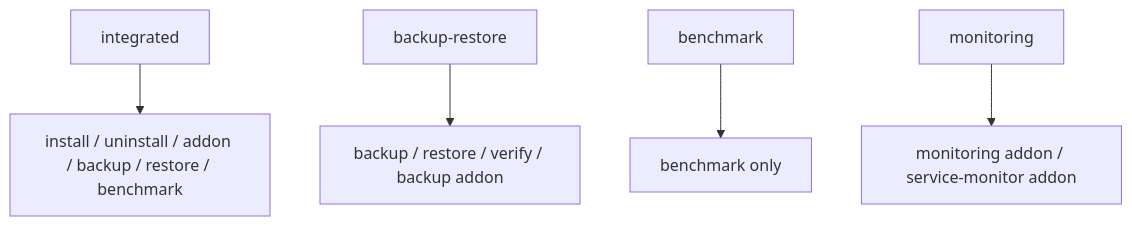
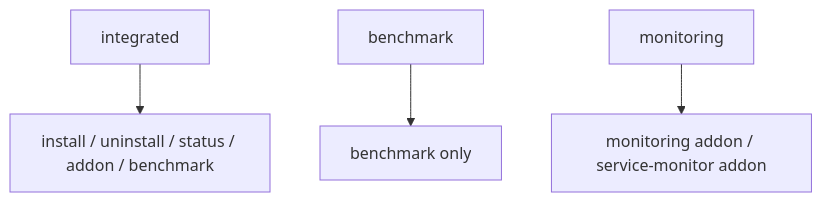
One commit to archinfra/apps_mysql changed the second of 2 diagrams in docs/ARCHITECTURE.zh-CN.md. Above: the diagram before and after it, drawn with Mermaid. The commit also changed other lines of this file and 26 other files, not shown here.

Commit message:
refactor: remove backup flows from apps_mysql

````diff
--- a/docs/ARCHITECTURE.zh-CN.md
+++ b/docs/ARCHITECTURE.zh-CN.md
@@ -38,7 +31,6 @@
 ```mermaid
 flowchart TD
-    A["integrated"] --> B["install / uninstall / addon / backup / restore / benchmark"]
-    C["backup-restore"] --> D["backup / restore / verify / backup addon"]
-    E["benchmark"] --> F["benchmark only"]
-    G["monitoring"] --> H["monitoring addon / service-monitor addon"]
+    A["integrated"] --> B["install / uninstall / status / addon / benchmark"]
+    C["benchmark"] --> D["benchmark only"]
+    E["monitoring"] --> F["monitoring addon / service-monitor addon"]
 ```
````
